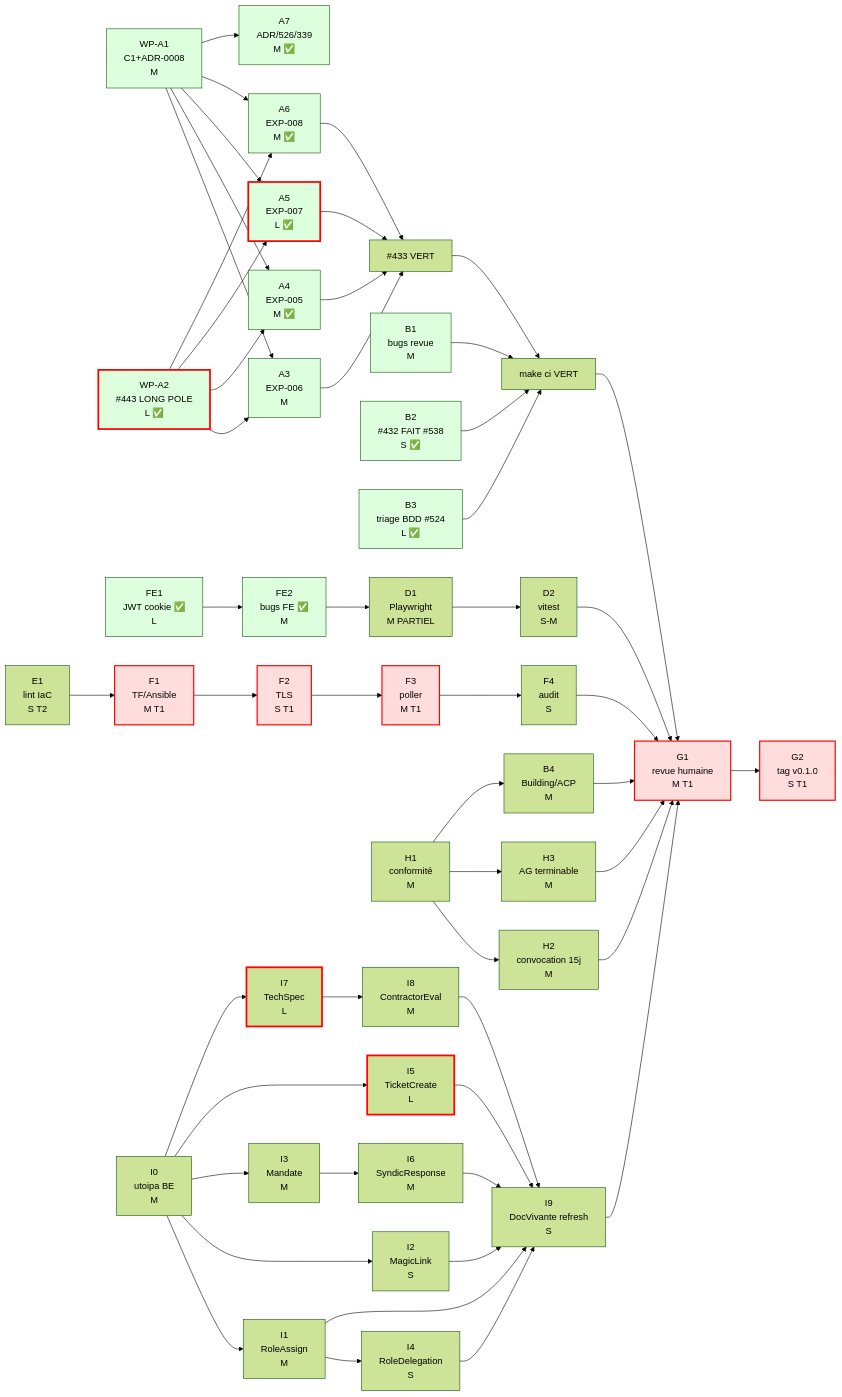
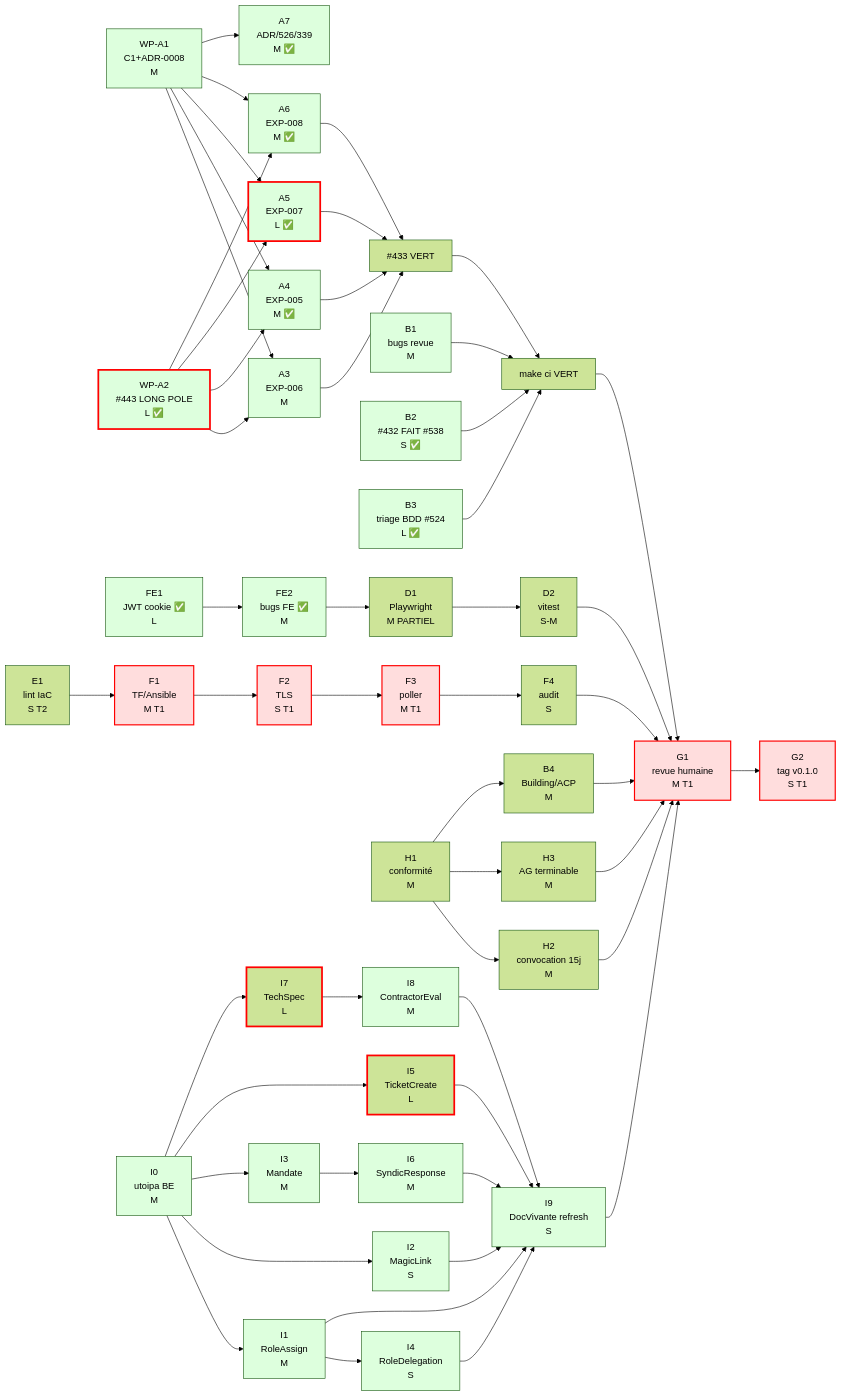
The fourth of 5 diagrams in docs/WBS_GO_LIVE_v0.1.0.md (gilmry/koprogo), drawn with Mermaid (forest theme) before and after one commit. The commit also changed other lines of this file and 1 other file, not shown here.

````diff
--- a/docs/WBS_GO_LIVE_v0.1.0.md
+++ b/docs/WBS_GO_LIVE_v0.1.0.md
@@ -366,72 +374,72 @@
 ```mermaid
 graph LR
     %% Track A — Backend Decimal
     A1[WP-A1<br/>C1+ADR-0008<br/>M] --> A3[A3<br/>EXP-006<br/>M]
     A1 --> A4[A4<br/>EXP-005<br/>M ✅]
     A1 --> A5[A5<br/>EXP-007<br/>L ✅]
     A1 --> A6[A6<br/>EXP-008<br/>M ✅]
     A1 --> A7[A7<br/>ADR/526/339<br/>M ✅]
     A2[WP-A2<br/>#443 LONG POLE<br/>L ✅] --> A3
     A2 --> A4
     A2 --> A5
     A2 --> A6
     A3 --> CASCADE[#433 VERT]
     A4 --> CASCADE
     A5 --> CASCADE
     A6 --> CASCADE
 
     %% Track B — Backend autre
     B1[B1<br/>bugs revue<br/>M] --> CI[make ci VERT]
     B2[B2<br/>#432 FAIT #538<br/>S ✅] --> CI
     B3[B3<br/>triage BDD #524<br/>L ✅] --> CI
     CASCADE --> CI
 
     %% Track C — Frontend sécurité
     FE1[FE1<br/>JWT cookie ✅<br/>L] --> FE2[FE2<br/>bugs FE ✅<br/>M]
     FE2 --> D1[D1<br/>Playwright<br/>M PARTIEL]
     D1 --> D2[D2<br/>vitest<br/>S-M]
 
     %% Track E/F — Ops
     E1[E1<br/>lint IaC<br/>S T2] --> F1[F1<br/>TF/Ansible<br/>M T1]
     F1 --> F2[F2<br/>TLS<br/>S T1]
     F2 --> F3[F3<br/>poller<br/>M T1]
     F3 --> F4[F4<br/>audit<br/>S]
 
     %% Track H — Conformité métier
     H1[H1<br/>conformité<br/>M] --> H2[H2<br/>convocation 15j<br/>M]
     H1 --> H3[H3<br/>AG terminable<br/>M]
     H1 --> B4[B4<br/>Building/ACP<br/>M]
 
     %% Track I — Frontend refonte UX (NEW 2026-06-09)
     I0[I0<br/>utoipa BE<br/>M] --> I1[I1<br/>RoleAssign<br/>M]
     I0 --> I2[I2<br/>MagicLink<br/>S]
     I0 --> I3[I3<br/>Mandate<br/>M]
     I0 --> I5[I5<br/>TicketCreate<br/>L]
     I0 --> I7[I7<br/>TechSpec<br/>L]
     I1 --> I4[I4<br/>RoleDelegation<br/>S]
     I3 --> I6[I6<br/>SyndicResponse<br/>M]
     I7 --> I8[I8<br/>ContractorEval<br/>M]
     I1 --> I9[I9<br/>DocVivante refresh<br/>S]
     I2 --> I9
     I4 --> I9
     I5 --> I9
     I6 --> I9
     I8 --> I9
 
     %% Gate
     CI --> G1[G1<br/>revue humaine<br/>M T1]
     D2 --> G1
     F4 --> G1
     H2 --> G1
     H3 --> G1
     B4 --> G1
     I9 --> G1
     G1 --> G2[G2<br/>tag v0.1.0<br/>S T1]
 
     classDef tier1 fill:#fdd,stroke:#f00,stroke-width:2px
     classDef critical stroke:#f00,stroke-width:3px
     classDef done fill:#dfd
     class G1,G2,F1,F2,F3 tier1
     class A2,A5,I5,I7 critical
-    class A1,A2,A3,A4,A5,A6,A7,B1,B2,B3,FE1,FE2 done
+    class A1,A2,A3,A4,A5,A6,A7,B1,B2,B3,FE1,FE2,I0,I1,I2,I3,I4,I6,I8,I9 done
 ```
````
